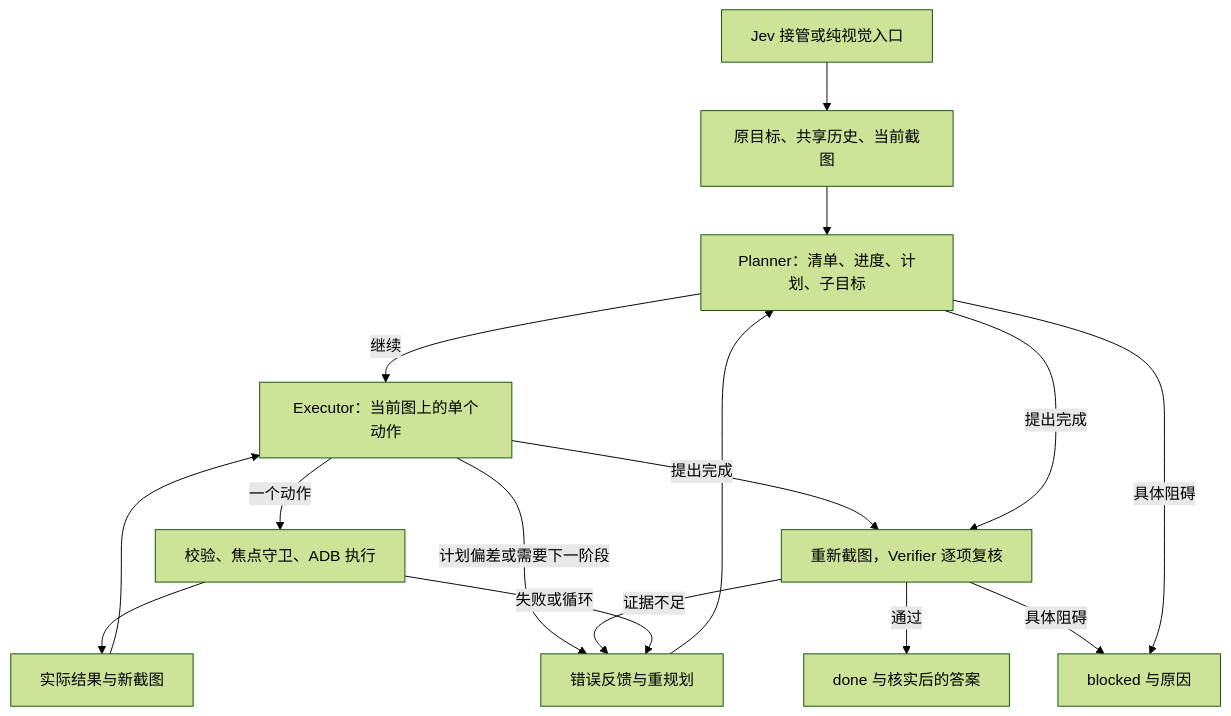
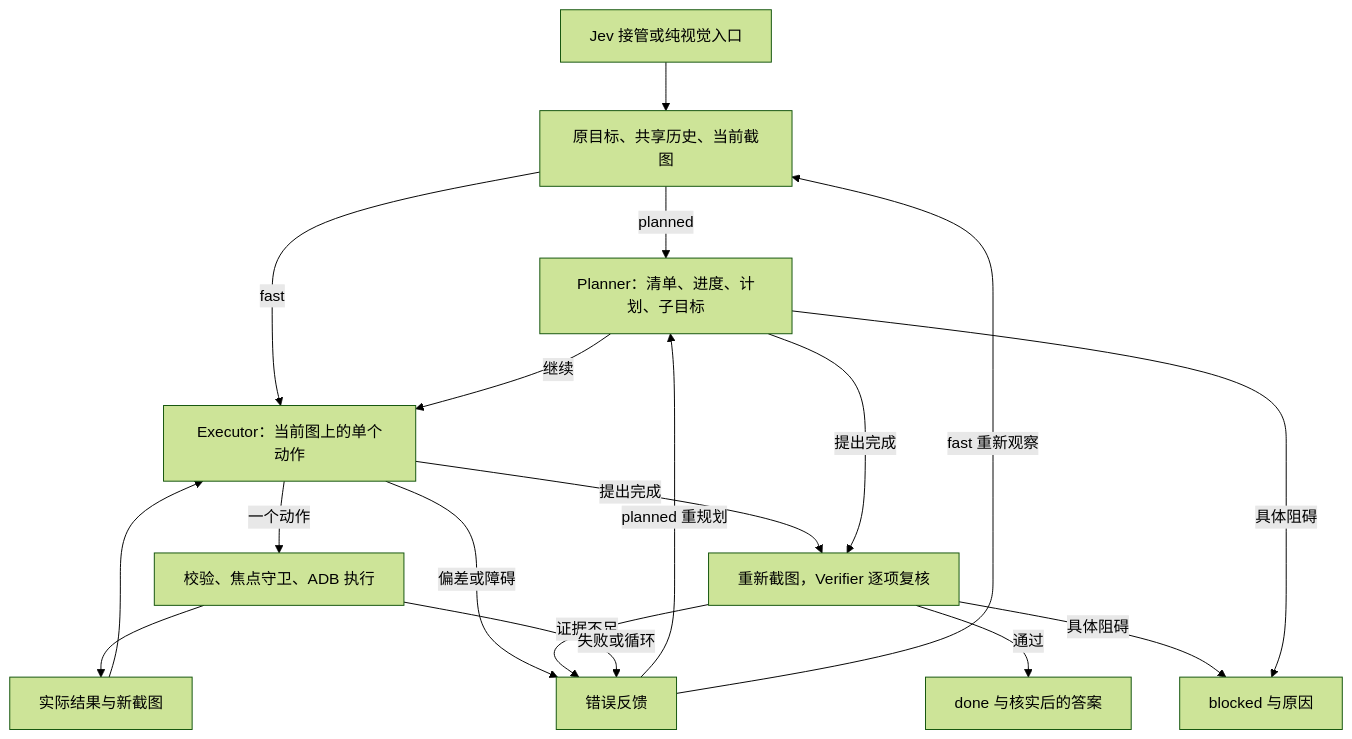
Before and after one commit to xinwang-nwpu/jev-mobile: the diagram in docs/visual-agent.md, drawn with Mermaid (forest theme). The commit also changed other lines of this file and 11 other files, not shown here.

First line of the commit message:
Add configurable visual fast mode without planner or whole-table checks

````diff
--- a/docs/visual-agent.md
+++ b/docs/visual-agent.md
@@ -7,18 +7,20 @@
 ```mermaid
 flowchart TD
     A[Jev 接管或纯视觉入口] --> B[原目标、共享历史、当前截图]
-    B --> C[Planner：清单、进度、计划、子目标]
+    B -->|planned| C[Planner：清单、进度、计划、子目标]
+    B -->|fast| D[Executor：当前图上的单个动作]
     C -->|继续| D[Executor：当前图上的单个动作]
     D -->|一个动作| E[校验、焦点守卫、ADB 执行]
     E --> F[实际结果与新截图]
     F --> D
-    D -->|计划偏差或需要下一阶段| J[错误反馈与重规划]
+    D -->|偏差或障碍| J[错误反馈]
     D -->|提出完成| G[重新截图，Verifier 逐项复核]
     C -->|提出完成| G[重新截图，Verifier 逐项复核]
     G -->|通过| H[done 与核实后的答案]
     G -->|证据不足| J
     G -->|具体阻碍| I[blocked 与原因]
     C -->|具体阻碍| I[blocked 与原因]
-    E -->|失败或循环| J[错误反馈与重规划]
-    J --> C
+    E -->|失败或循环| J
+    J -->|planned 重规划| C
+    J -->|fast 重新观察| B
 ```
````
